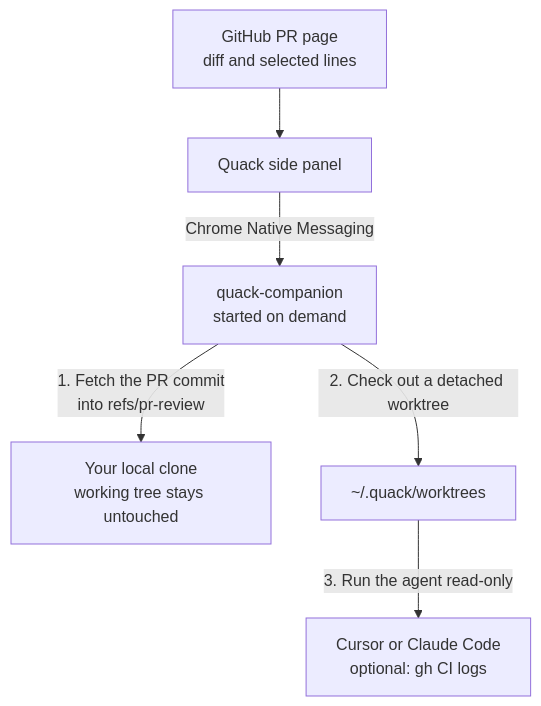
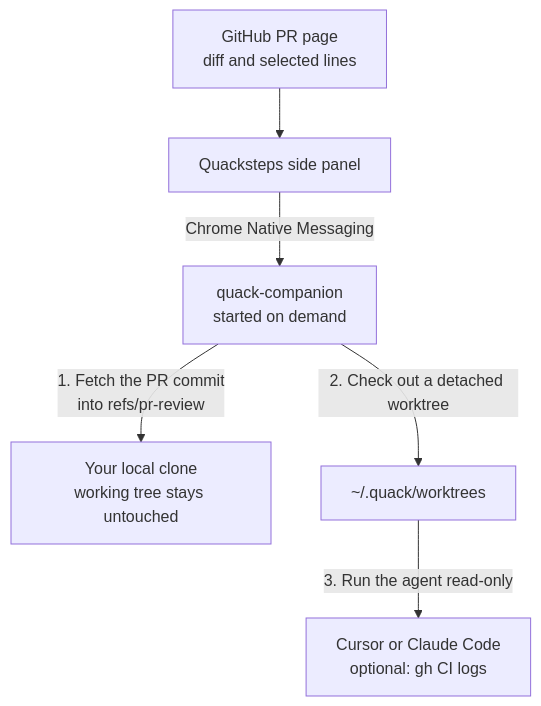
One commit to oicramps/quack changed the diagram in companion/README.md. Above: the diagram before and after it, drawn with Mermaid. The commit also changed other lines of this file and 59 other files, not shown here.

````diff
--- a/companion/README.md
+++ b/companion/README.md
@@ -29,8 +29,8 @@
 ```mermaid
 flowchart TD
-  GH["GitHub PR page<br/>diff and selected lines"] --> EXT["Quack side panel"]
+  GH["GitHub PR page<br/>diff and selected lines"] --> EXT["Quacksteps side panel"]
   EXT -->|"Chrome Native Messaging"| HOST["quack-companion<br/>started on demand"]
   HOST -->|"1. Fetch the PR commit<br/>into refs/pr-review"| CLONE["Your local clone<br/>working tree stays untouched"]
   HOST -->|"2. Check out a detached worktree"| WT["~/.quack/worktrees"]
   WT -->|"3. Run the agent read-only"| AI["Cursor or Claude Code<br/>optional: gh CI logs"]
 ```
````
